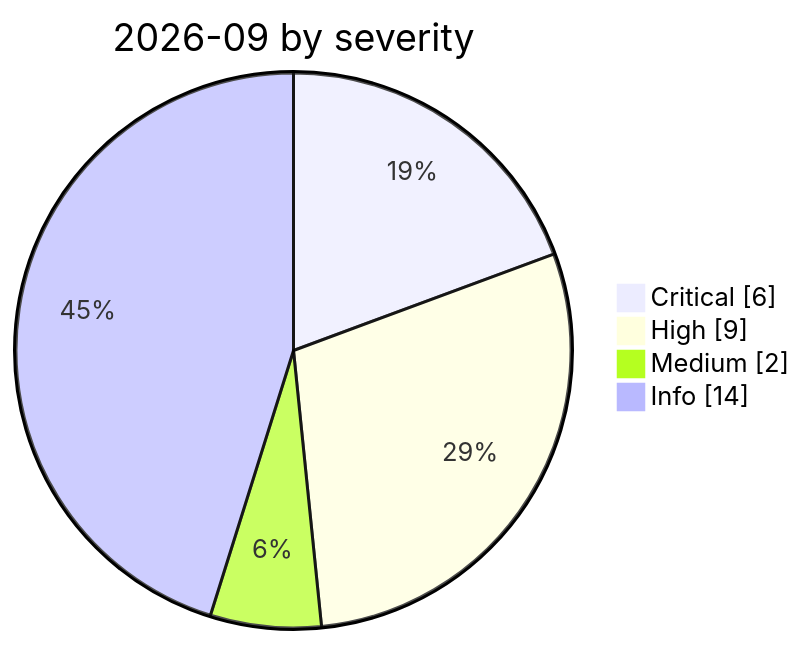
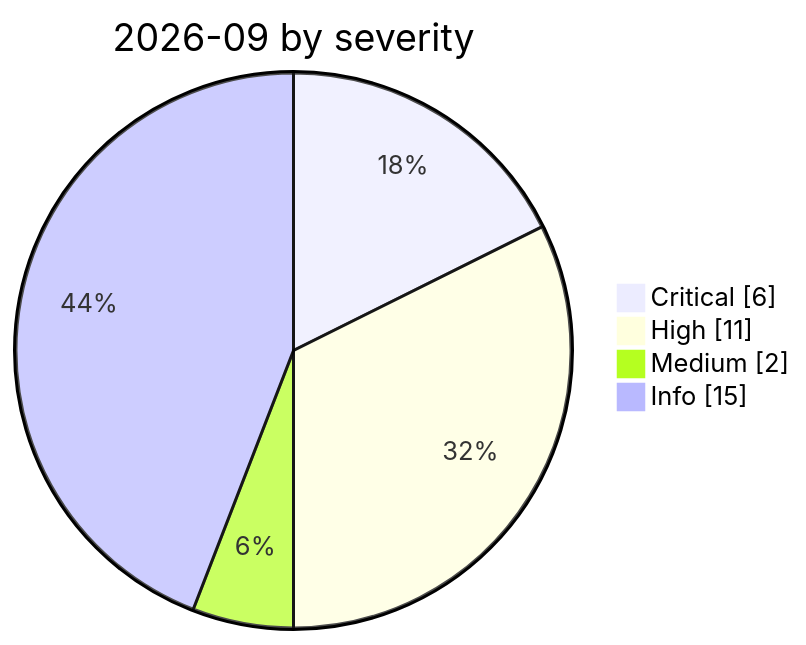
The diagram in incidents/2026-09/README.md (Continuum-AI-Corp/Orca-AI-Incident-Archive), drawn with Mermaid before and after one commit. The commit also changed other lines of this file and 30 other files, not shown here.

````diff
--- a/incidents/2026-09/README.md
+++ b/incidents/2026-09/README.md
@@ -8,8 +8,8 @@
 ```mermaid
 pie showData
     title 2026-09 by severity
     "Critical" : 6
-    "High" : 9
+    "High" : 11
     "Medium" : 2
-    "Info" : 14
+    "Info" : 15
 ```
````
